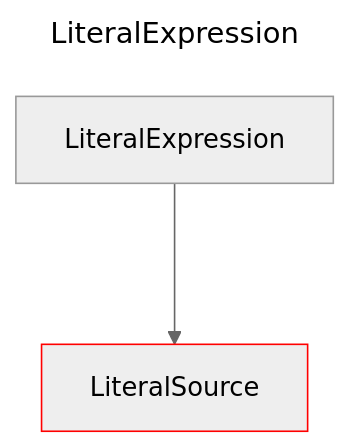
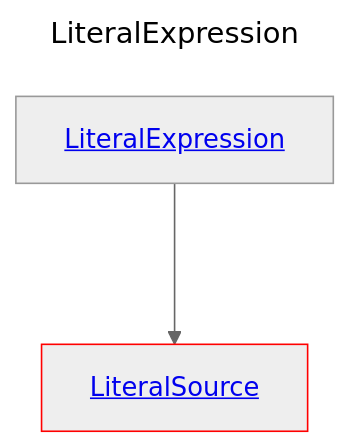
One commit to douglassimonsen/pbi_core changed the diagram in docs/docs/layout/erd/LiteralExpression.md. Above: the diagram before and after it, drawn with Mermaid (neutral theme). The commit also changed 76 other files, not shown here.

````diff
--- a/docs/docs/layout/erd/LiteralExpression.md
+++ b/docs/docs/layout/erd/LiteralExpression.md
@@ -1,10 +1,10 @@
 ```mermaid
 ---
 title: LiteralExpression
 ---
 graph 
-2430071887056["LiteralExpression"]
-2430071816784["LiteralSource"]
-style 2430071816784 stroke:#ff0000,stroke-width:1px
-2430071887056 ---> 2430071816784
+LiteralExpression[<a href='/layout/erd/LiteralExpression'>LiteralExpression</a>]
+LiteralSource[<a href='/layout/erd/LiteralSource'>LiteralSource</a>]
+style LiteralSource stroke:#ff0000,stroke-width:1px
+LiteralExpression ---> LiteralSource
 ```
````
